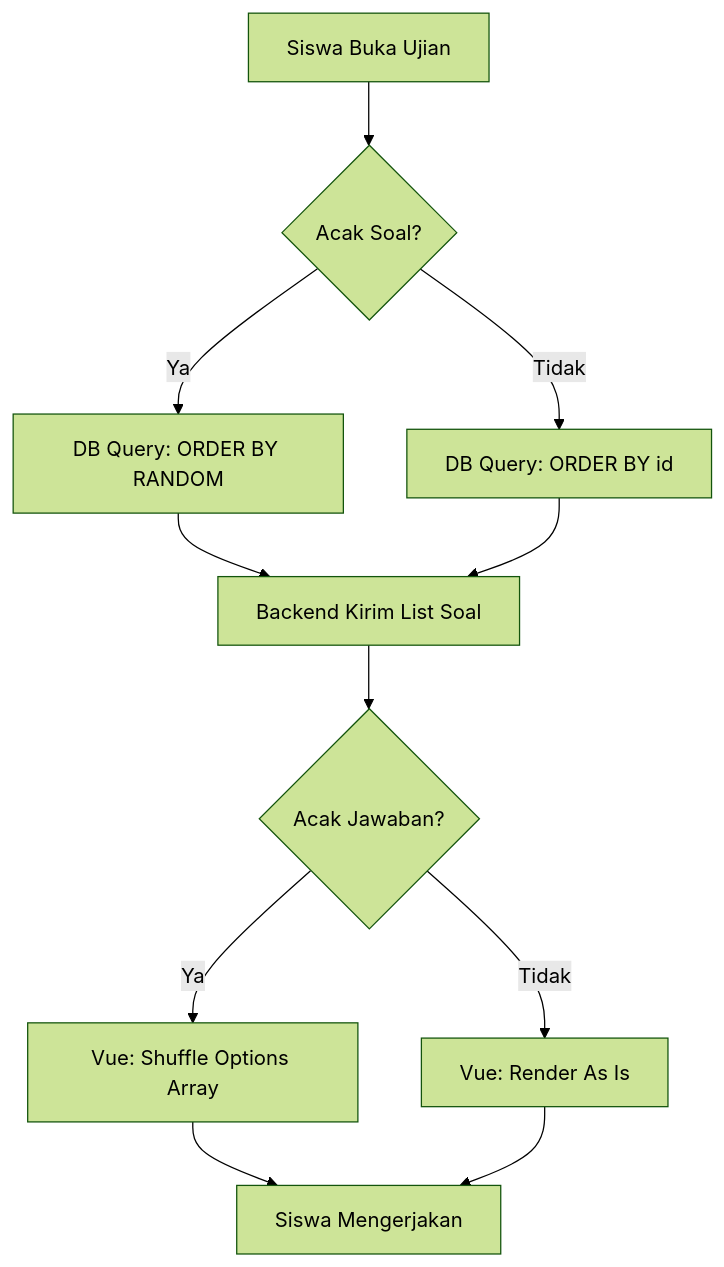
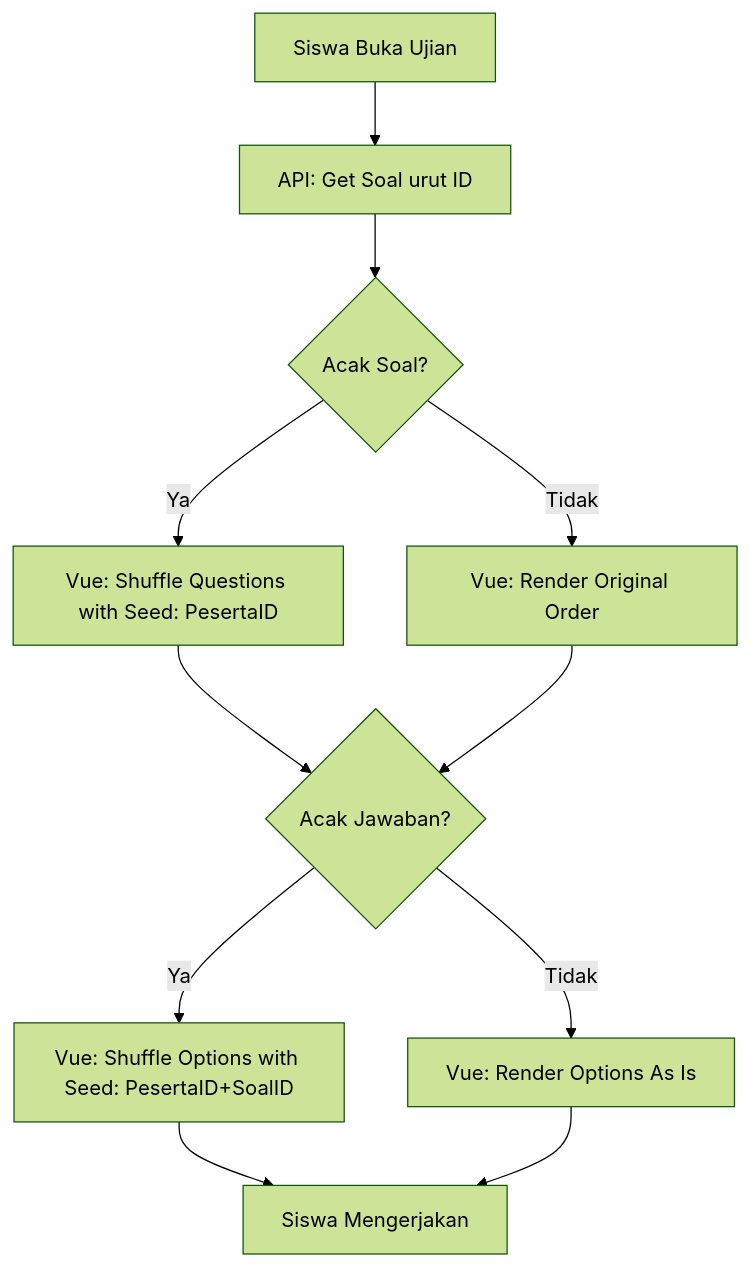
Before and after one commit to arjun-ux/cbt-smp: the diagram in docs/07-exam-flow/randomization.md, drawn with Mermaid (forest theme). The commit also changed other lines of this file and 9 other files, not shown here.

````diff
--- a/docs/07-exam-flow/randomization.md
+++ b/docs/07-exam-flow/randomization.md
@@ -25,13 +32,13 @@
 ```mermaid
 graph TD
-    A[Siswa Buka Ujian] --> B{Acak Soal?}
-    B -- Ya --> C[DB Query: ORDER BY RANDOM]
-    B -- Tidak --> D[DB Query: ORDER BY id]
-    C --> E[Backend Kirim List Soal]
-    D --> E
-    E --> F{Acak Jawaban?}
-    F -- Ya --> G[Vue: Shuffle Options Array]
-    F -- Tidak --> H[Vue: Render As Is]
+    A[Siswa Buka Ujian] --> B[API: Get Soal urut ID]
+    B --> C{Acak Soal?}
+    C -- Ya --> D[Vue: Shuffle Questions with Seed: PesertaID]
+    C -- Tidak --> E[Vue: Render Original Order]
+    D --> F{Acak Jawaban?}
+    E --> F
+    F -- Ya --> G[Vue: Shuffle Options with Seed: PesertaID+SoalID]
+    F -- Tidak --> H[Vue: Render Options As Is]
     G --> I[Siswa Mengerjakan]
     H --> I
 ```
````
